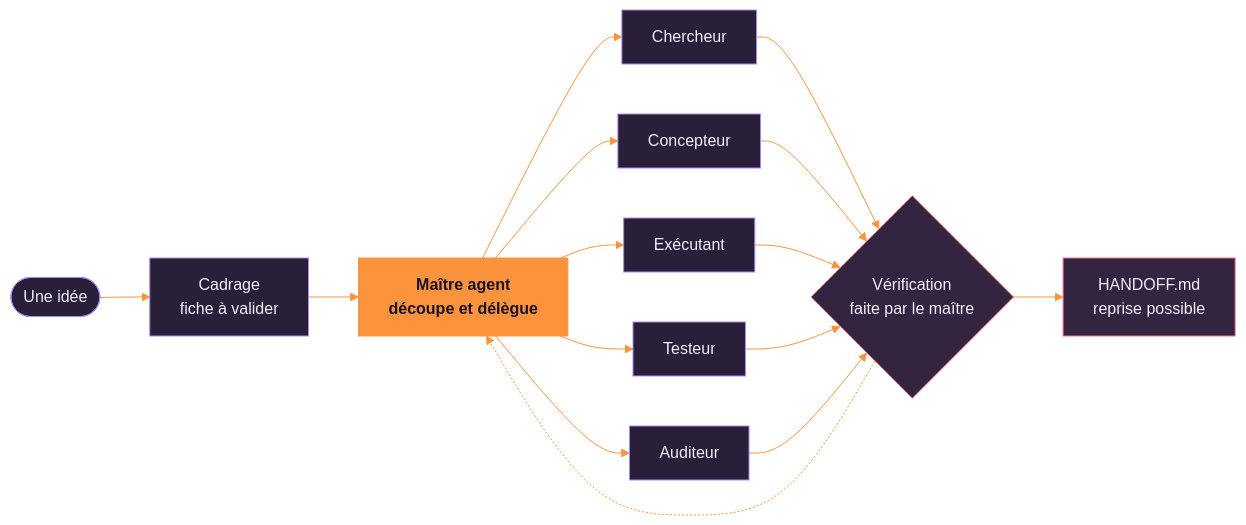
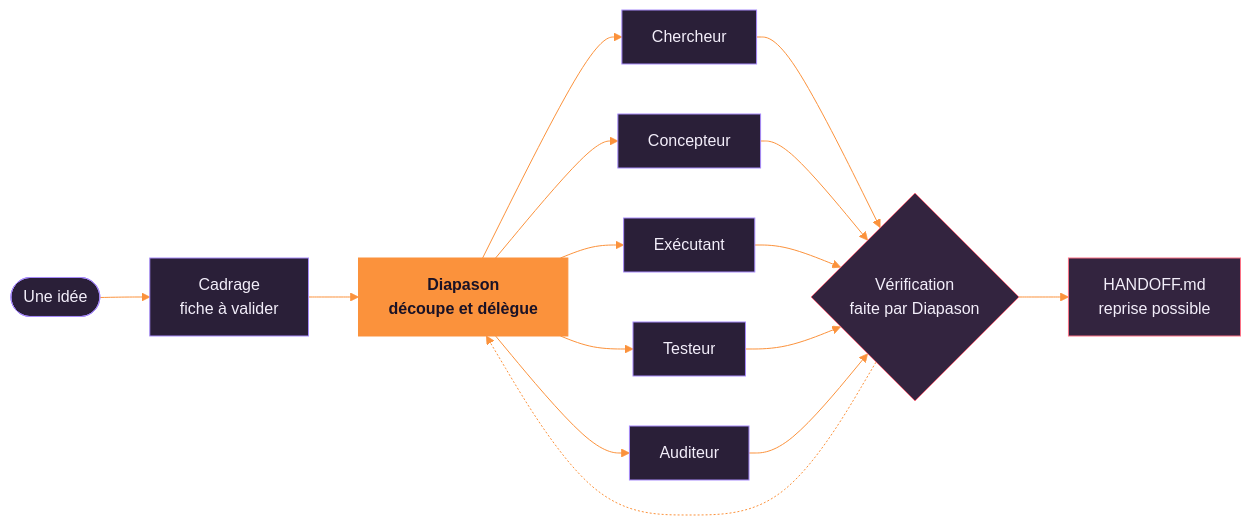
The diagram in README.md (MalikChopa/MalikChopa), drawn with Mermaid before and after one commit. The commit also changed other lines of this file and 7 other files, not shown here.

Commit message:
feat: profil mis à jour, maitre-agent devient Diapason, ajout de Lyra Lyrics

````diff
--- a/README.md
+++ b/README.md
@@ -34,25 +34,25 @@
 ```mermaid
 %%{init: {'theme':'base','themeVariables':{'fontFamily':'ui-sans-serif, system-ui','lineColor':'#fb923c','primaryColor':'#2a1f38','primaryTextColor':'#f3eefa','primaryBorderColor':'#a78bfa'}}}%%
 flowchart LR
     A(["Une idée"]) --> B["Cadrage<br/>fiche à valider"]
-    B --> C["Maître agent<br/>découpe et délègue"]
+    B --> C["Diapason<br/>découpe et délègue"]
     C --> D1["Chercheur"]
     C --> D2["Concepteur"]
     C --> D3["Exécutant"]
     C --> D4["Testeur"]
     C --> D5["Auditeur"]
-    D1 --> E{"Vérification<br/>faite par le maître"}
+    D1 --> E{"Vérification<br/>faite par Diapason"}
     D2 --> E
     D3 --> E
     D4 --> E
     D5 --> E
     E --> F["HANDOFF.md<br/>reprise possible"]
     E -.-> C
 
     classDef master fill:#fb923c,stroke:#fb923c,color:#1a1226,font-weight:bold
     classDef agent fill:#2a1f38,stroke:#a78bfa,color:#f3eefa
     classDef gate fill:#33243f,stroke:#fb7185,color:#f3eefa
     class C master
     class D1,D2,D3,D4,D5 agent
     class E,F gate
 ```
````
